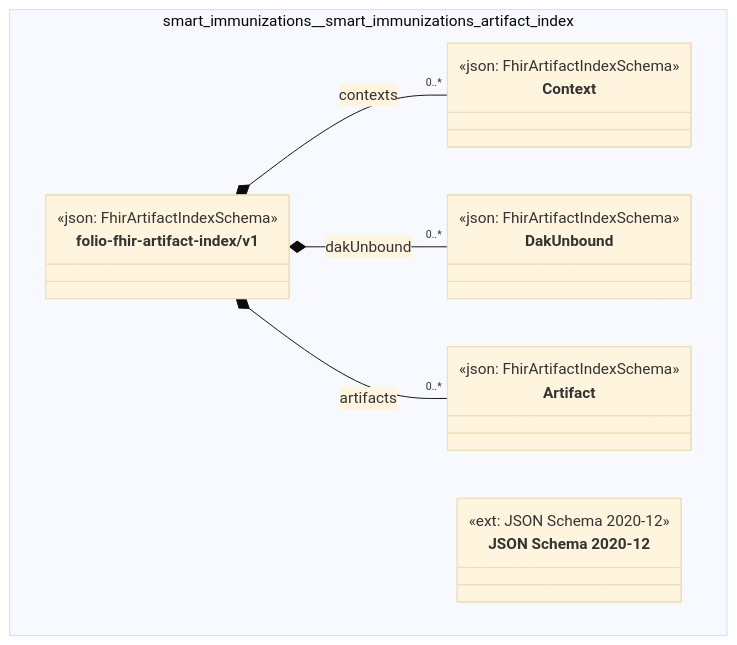
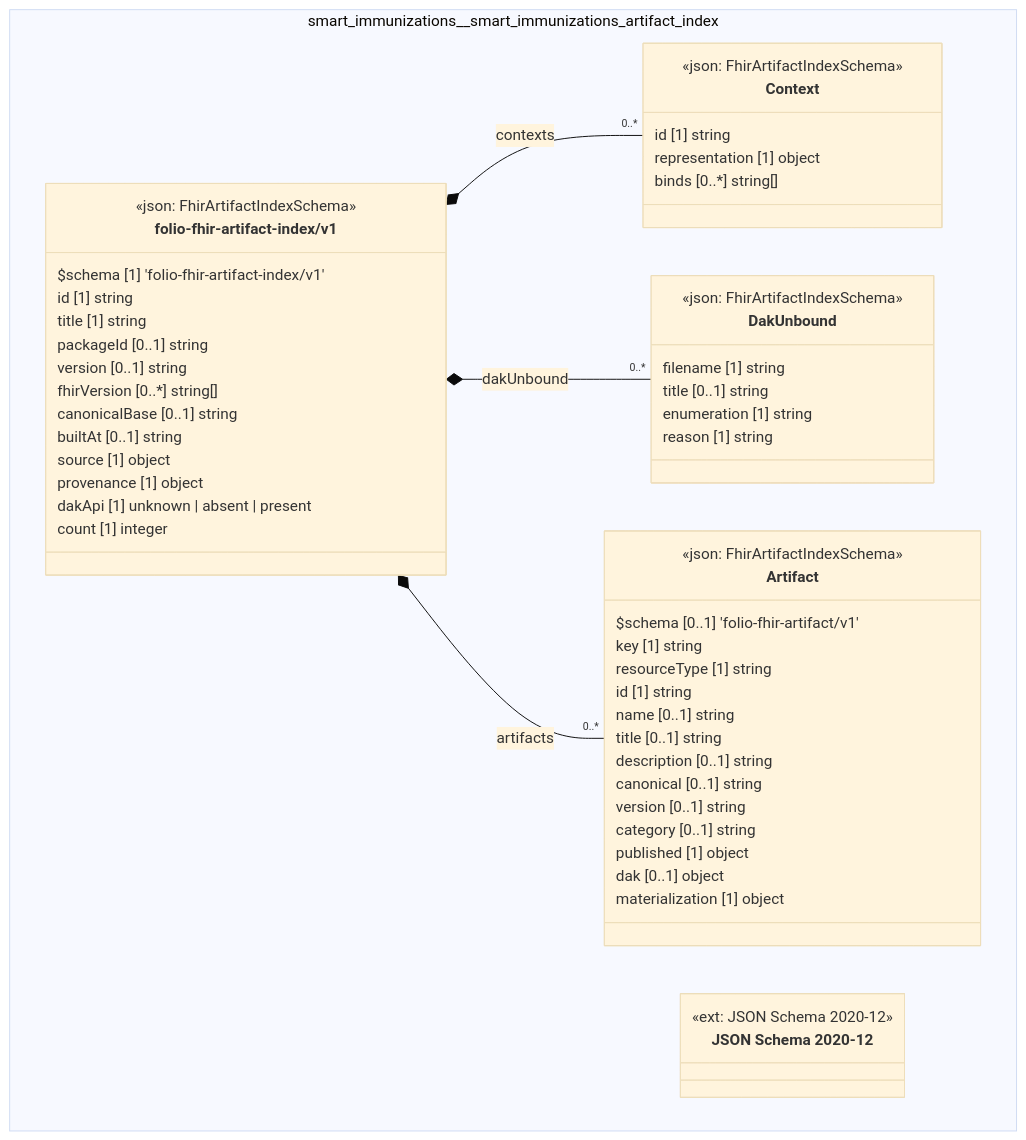
The diagram in cat-harness/docs/uml/overview/smart-immunizations.md (litlfred/folio-assistant), drawn with Mermaid (base theme) before and after one commit. The commit also changed 92 other files, not shown here.

First line of the commit message:
uml: data fields and a vertical stack on the overview; PlantUML coloured from uml.css

````diff
--- a/cat-harness/docs/uml/overview/smart-immunizations.md
+++ b/cat-harness/docs/uml/overview/smart-immunizations.md
@@ -12,29 +12,61 @@
 ```mermaid
 classDiagram
   direction TB
   namespace smart_immunizations__smart_immunizations_artifact_index {
     class smart_immunizations_smart_immunizations_artifact_index_folio_fhir_artifact_index_v1_Context["Context"] {
       <<json: FhirArtifactIndexSchema>>
+      id [1] string
+      representation [1] object
+      binds [0..*] string[]
     }
     class smart_immunizations_smart_immunizations_artifact_index_folio_fhir_artifact_index_v1_DakUnbound["DakUnbound"] {
       <<json: FhirArtifactIndexSchema>>
+      filename [1] string
+      title [0..1] string
+      enumeration [1] string
+      reason [1] string
     }
     class smart_immunizations_smart_immunizations_artifact_index_folio_fhir_artifact_index_v1_Artifact["Artifact"] {
       <<json: FhirArtifactIndexSchema>>
+      $schema [0..1] 'folio-fhir-artifact/v1'
+      key [1] string
+      resourceType [1] string
+      id [1] string
+      name [0..1] string
+      title [0..1] string
+      description [0..1] string
+      canonical [0..1] string
+      version [0..1] string
+      category [0..1] string
+      published [1] object
+      dak [0..1] object
+      materialization [1] object
     }
     class smart_immunizations_smart_immunizations_artifact_index_folio_fhir_artifact_index_v1_folio_fhir_artifact_index_v1["folio-fhir-artifact-index/v1"] {
       <<json: FhirArtifactIndexSchema>>
+      $schema [1] 'folio-fhir-artifact-index/v1'
+      id [1] string
+      title [1] string
+      packageId [0..1] string
+      version [0..1] string
+      fhirVersion [0..*] string[]
+      canonicalBase [0..1] string
+      builtAt [0..1] string
+      source [1] object
+      provenance [1] object
+      dakApi [1] unknown | absent | present
+      count [1] integer
     }
     class smart_immunizations_smart_immunizations_artifact_index_https___json_schema_org_draft_2020_12_schema["JSON Schema 2020-12"] {
       <<ext: JSON Schema 2020-12>>
     }
   }
   smart_immunizations_smart_immunizations_artifact_index_folio_fhir_artifact_index_v1_folio_fhir_artifact_index_v1 *-- "0..*" smart_immunizations_smart_immunizations_artifact_index_folio_fhir_artifact_index_v1_Context : contexts
   smart_immunizations_smart_immunizations_artifact_index_folio_fhir_artifact_index_v1_folio_fhir_artifact_index_v1 *-- "0..*" smart_immunizations_smart_immunizations_artifact_index_folio_fhir_artifact_index_v1_DakUnbound : dakUnbound
   smart_immunizations_smart_immunizations_artifact_index_folio_fhir_artifact_index_v1_folio_fhir_artifact_index_v1 *-- "0..*" smart_immunizations_smart_immunizations_artifact_index_folio_fhir_artifact_index_v1_Artifact : artifacts
   cssClass "smart_immunizations_smart_immunizations_artifact_index_folio_fhir_artifact_index_v1_Context" fa_uml_kind_fhir_artifact_index
   cssClass "smart_immunizations_smart_immunizations_artifact_index_folio_fhir_artifact_index_v1_DakUnbound" fa_uml_kind_fhir_artifact_index
   cssClass "smart_immunizations_smart_immunizations_artifact_index_folio_fhir_artifact_index_v1_Artifact" fa_uml_kind_fhir_artifact_index
   cssClass "smart_immunizations_smart_immunizations_artifact_index_folio_fhir_artifact_index_v1_folio_fhir_artifact_index_v1" fa_uml_kind_fhir_artifact_index
   cssClass "smart_immunizations_smart_immunizations_artifact_index_https___json_schema_org_draft_2020_12_schema" fa_uml_kind_fhir_artifact_index
 ```
````
